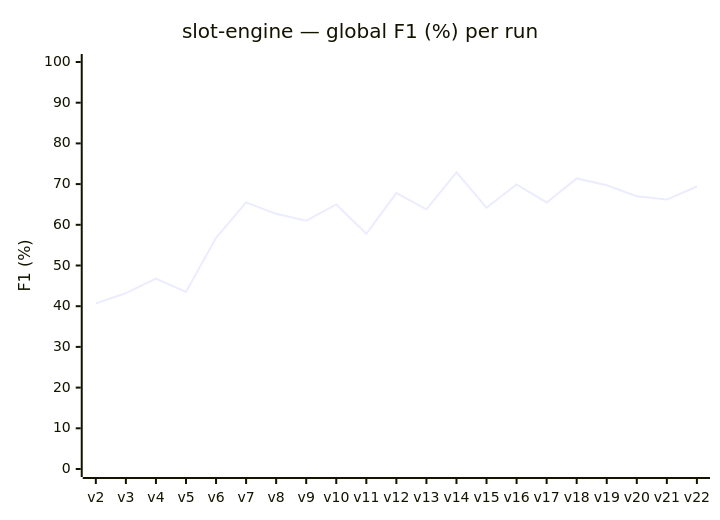
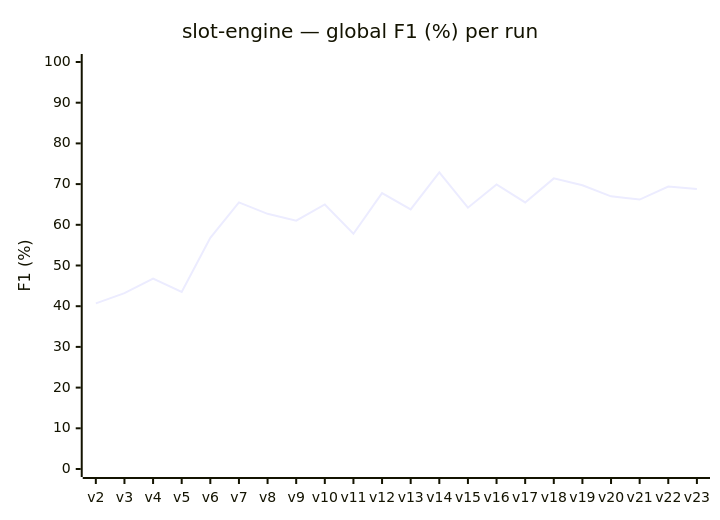
One commit to r-via/anatoly-bench changed the diagram in README.md. Above: the diagram before and after it, drawn with Mermaid. The commit also changed 37 other files, not shown here.

````diff
--- a/README.md
+++ b/README.md
@@ -83,7 +83,7 @@
 ```mermaid
 xychart-beta
     title "slot-engine — global F1 (%) per run"
-    x-axis [v2, v3, v4, v5, v6, v7, v8, v9, v10, v11, v12, v13, v14, v15, v16, v17, v18, v19, v20, v21, v22]
+    x-axis [v2, v3, v4, v5, v6, v7, v8, v9, v10, v11, v12, v13, v14, v15, v16, v17, v18, v19, v20, v21, v22, v23]
     y-axis "F1 (%)" 0 --> 100
-    line [40.7, 43.2, 46.8, 43.5, 56.8, 65.5, 62.7, 61.0, 65.0, 57.8, 67.8, 63.8, 72.9, 64.2, 69.9, 65.5, 71.4, 69.7, 67.0, 66.2, 69.4]
+    line [40.7, 43.2, 46.8, 43.5, 56.8, 65.5, 62.7, 61.0, 65.0, 57.8, 67.8, 63.8, 72.9, 64.2, 69.9, 65.5, 71.4, 69.7, 67.0, 66.2, 69.4, 68.8]
 ```
````
